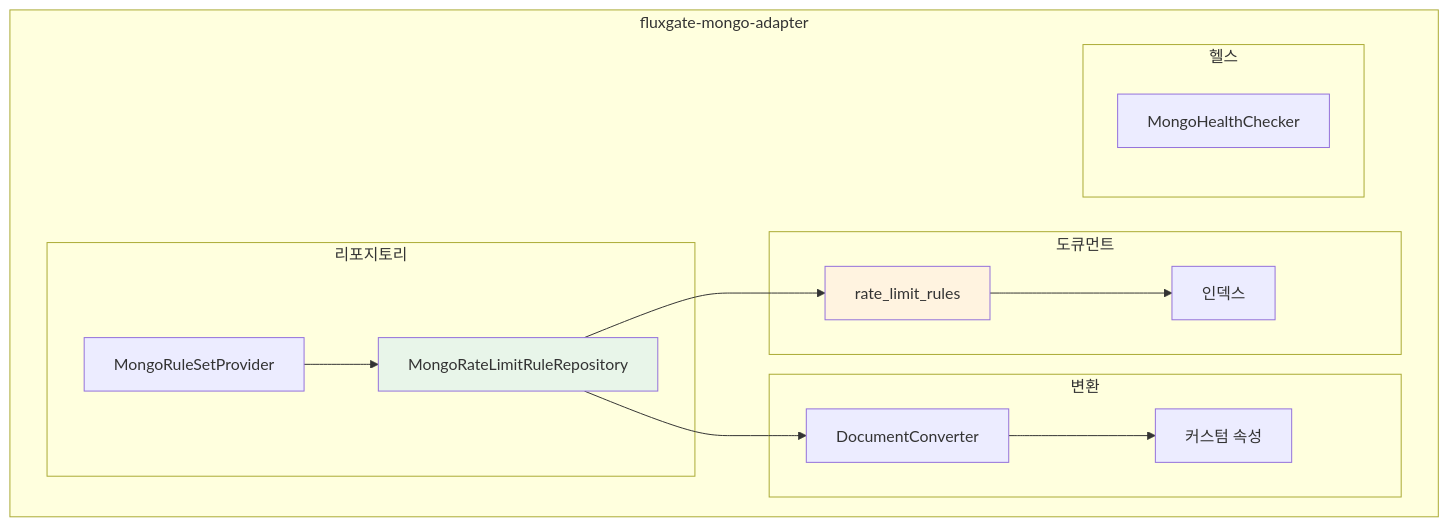
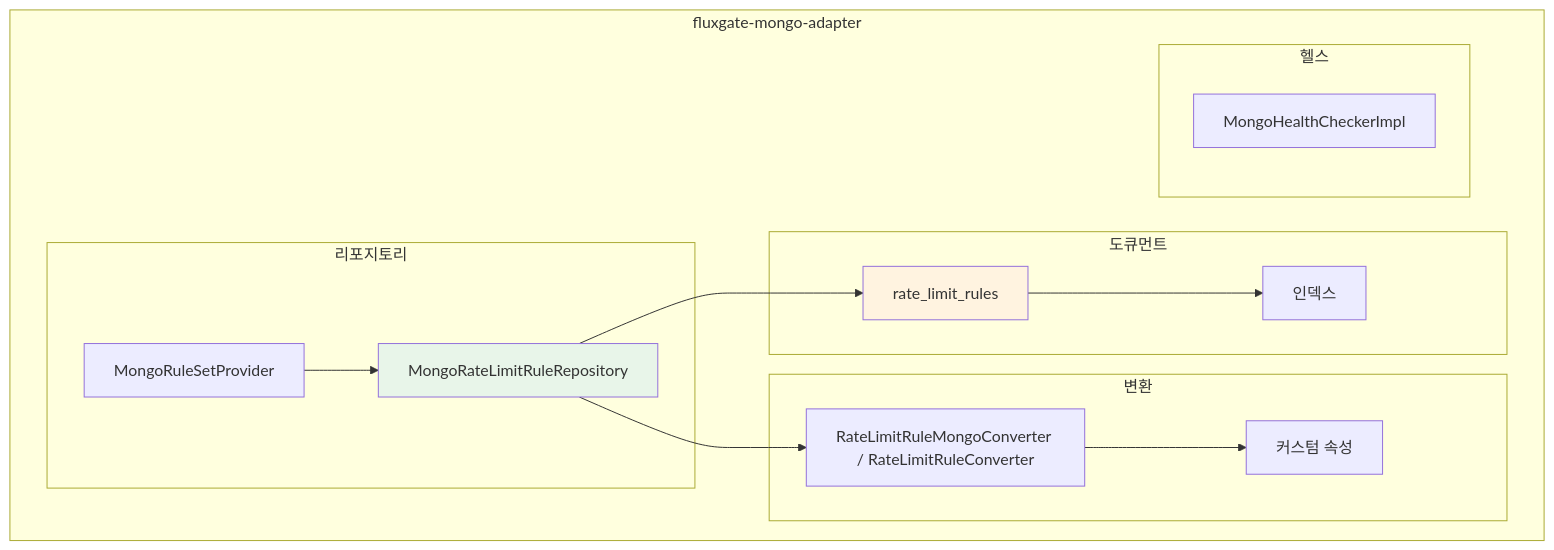
One commit to OpenFluxGate/fluxgate changed the sixth of 11 diagrams in docs/ko/architecture/README.ko.md. Above: the diagram before and after it, drawn with Mermaid. The commit also changed other lines of this file and 37 other files, not shown here.

First line of the commit message:
docs: align the changelog, guides and architecture docs with 0.4

````diff
--- a/docs/ko/architecture/README.ko.md
+++ b/docs/ko/architecture/README.ko.md
@@ -477,32 +478,32 @@
 ```mermaid
 flowchart TB
     subgraph Mongo["fluxgate-mongo-adapter"]
         subgraph Repository["리포지토리"]
             REPO[MongoRateLimitRuleRepository]
             PROV[MongoRuleSetProvider]
         end
 
         subgraph Document["도큐먼트"]
             DOC[rate_limit_rules]
             IDX[인덱스]
         end
 
         subgraph Conversion["변환"]
-            CONV[DocumentConverter]
+            CONV["RateLimitRuleMongoConverter / RateLimitRuleConverter"]
             ATTR[커스텀 속성]
         end
 
         subgraph Health["헬스"]
-            HC[MongoHealthChecker]
+            HC[MongoHealthCheckerImpl]
         end
     end
 
     REPO --> DOC
     REPO --> CONV
     PROV --> REPO
     DOC --> IDX
     CONV --> ATTR
 
     style REPO fill:#e8f5e9
     style DOC fill:#fff3e0
 ```
````
